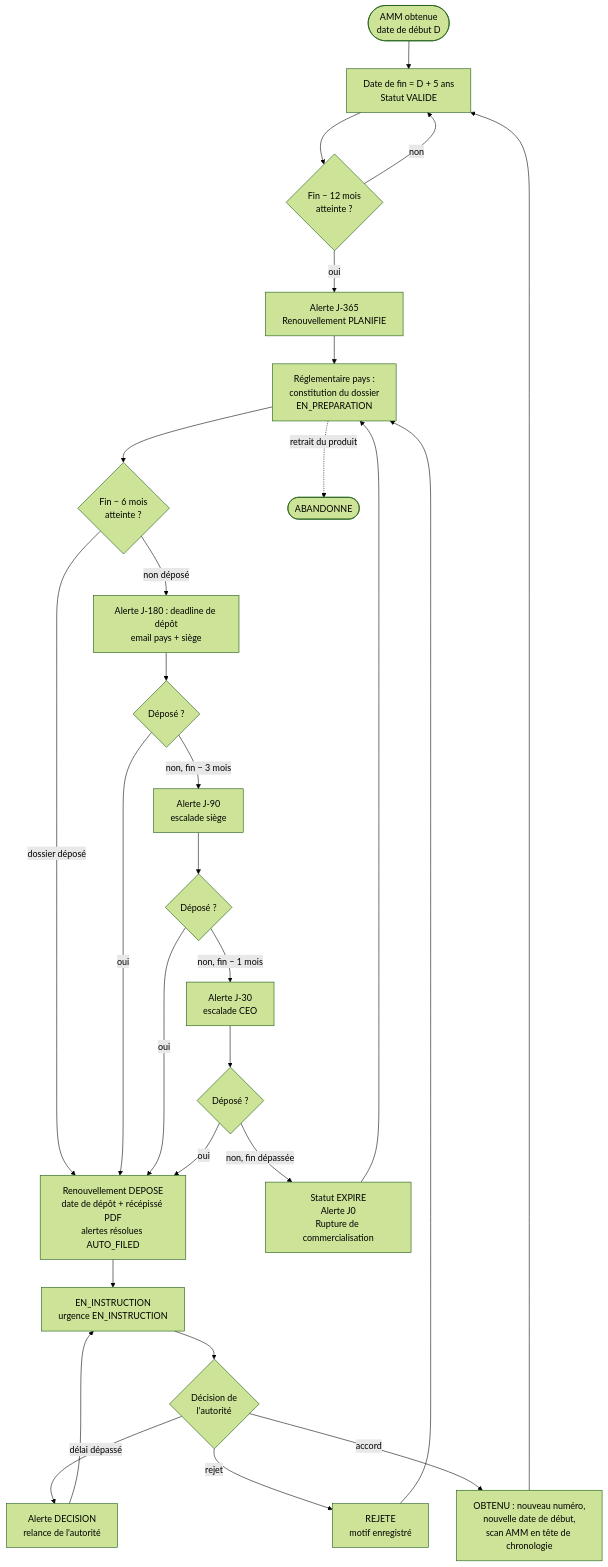
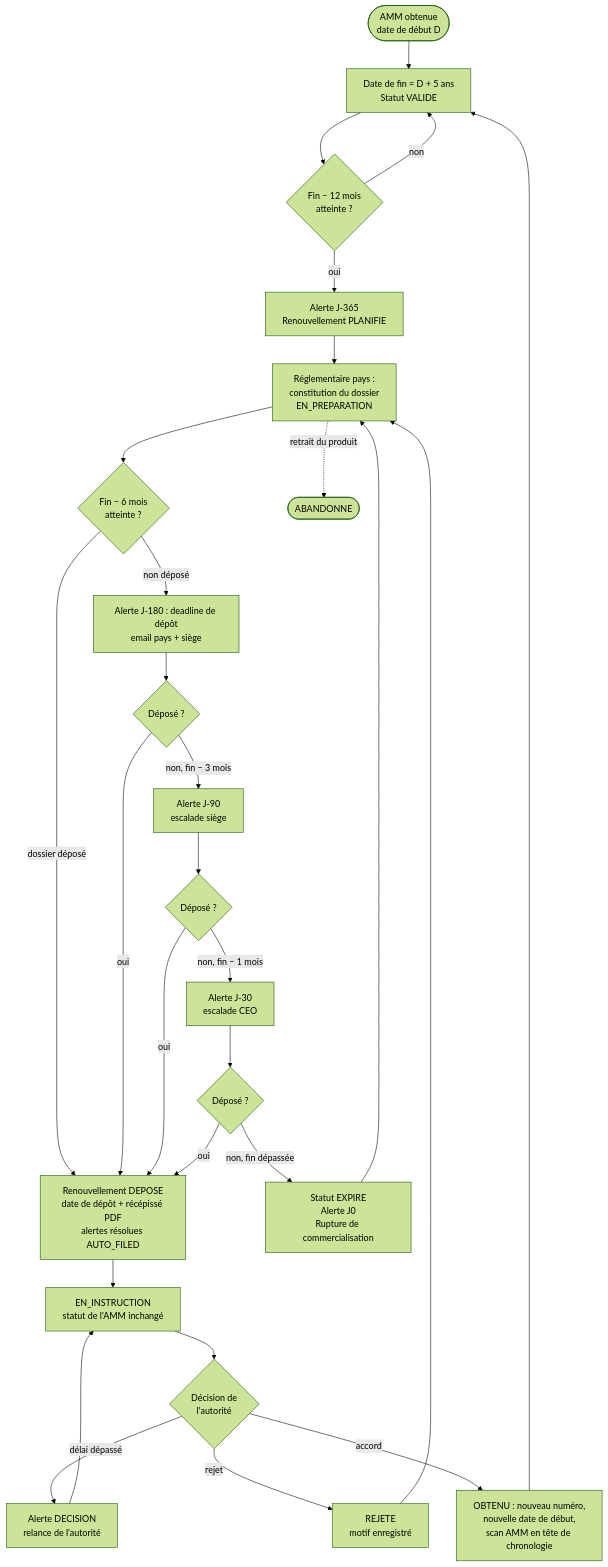
Before and after one commit to alamine2003/AMM-INNOV: diagram 11 of 14 in docs/conception.md, drawn with Mermaid (forest theme). The commit also changed other lines of this file and 67 other files, not shown here.

````diff
--- a/docs/conception.md
+++ b/docs/conception.md
@@ -631,30 +630,30 @@
 ```mermaid
 flowchart TD
     A([AMM obtenue<br/>date de début D]) --> B[Date de fin = D + 5 ans<br/>Statut VALIDE]
     B --> C{Fin − 12 mois<br/>atteinte ?}
     C -- non --> B
     C -- oui --> D[Alerte J-365<br/>Renouvellement PLANIFIE]
     D --> E[Réglementaire pays :<br/>constitution du dossier<br/>EN_PREPARATION]
     E --> F{Fin − 6 mois<br/>atteinte ?}
     F -- dossier déposé --> H
     F -- non déposé --> G[Alerte J-180 : deadline de dépôt<br/>email pays + siège]
     G --> G2{Déposé ?}
     G2 -- non, fin − 3 mois --> G3[Alerte J-90<br/>escalade siège]
     G3 --> G4{Déposé ?}
     G4 -- non, fin − 1 mois --> G5[Alerte J-30<br/>escalade CEO]
     G5 --> G6{Déposé ?}
     G6 -- non, fin dépassée --> X[Statut EXPIRE<br/>Alerte J0<br/>Rupture de commercialisation]
     X --> E
     G2 -- oui --> H
     G4 -- oui --> H
     G6 -- oui --> H
-    H[Renouvellement DEPOSE<br/>date de dépôt + récépissé PDF<br/>alertes résolues AUTO_FILED] --> I[EN_INSTRUCTION<br/>urgence EN_INSTRUCTION]
+    H[Renouvellement DEPOSE<br/>date de dépôt + récépissé PDF<br/>alertes résolues AUTO_FILED] --> I[EN_INSTRUCTION<br/>statut de l'AMM inchangé]
     I --> J{Décision de<br/>l'autorité}
     J -- délai dépassé --> K[Alerte DECISION<br/>relance de l'autorité]
     K --> I
     J -- rejet --> L[REJETE<br/>motif enregistré]
     L --> E
     J -- accord --> M[OBTENU : nouveau numéro,<br/>nouvelle date de début,<br/>scan AMM en tête de chronologie]
     M --> B
     E -. retrait du produit .-> N([ABANDONNE])
 ```
````
